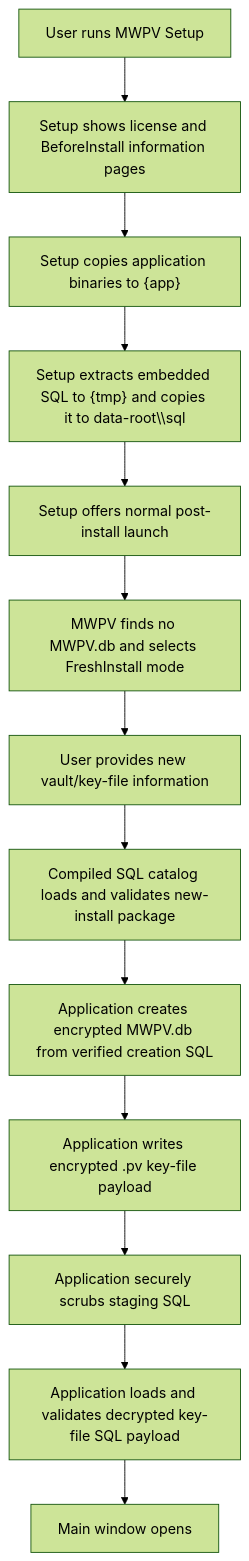
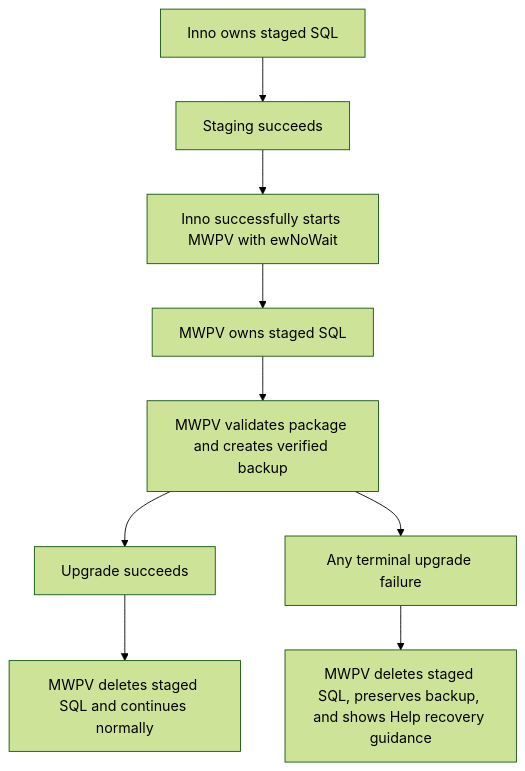
The second of 6 diagrams in docs/MWPV_Installer_Upgrade_and_Rollback_Flow.md (pgmrdlm/MWPV), drawn with Mermaid (forest theme) before and after one commit. The commit also changed other lines of this file and 5 other files, not shown here.

````diff
--- a/docs/MWPV_Installer_Upgrade_and_Rollback_Flow.md
+++ b/docs/MWPV_Installer_Upgrade_and_Rollback_Flow.md
@@ -27,15 +59,11 @@
 ```mermaid
 flowchart TD
-  A["User runs MWPV Setup"] --> B["Setup shows license and BeforeInstall information pages"]
-  B --> C["Setup copies application binaries to {app}"]
-  C --> D["Setup extracts embedded SQL to {tmp} and copies it to data-root\\sql"]
-  D --> E["Setup offers normal post-install launch"]
-  E --> F["MWPV finds no MWPV.db and selects FreshInstall mode"]
-  F --> G["User provides new vault/key-file information"]
-  G --> H["Compiled SQL catalog loads and validates new-install package"]
-  H --> I["Application creates encrypted MWPV.db from verified creation SQL"]
-  I --> J["Application writes encrypted .pv key-file payload"]
-  J --> K["Application securely scrubs staging SQL"]
-  K --> L["Application loads and validates decrypted key-file SQL payload"]
-  L --> M["Main window opens"]
+  A["Inno owns staged SQL"] --> B["Staging succeeds"]
+  B --> C["Inno successfully starts MWPV with ewNoWait"]
+  C --> D["MWPV owns staged SQL"]
+  D --> E["MWPV validates package and creates verified backup"]
+  E --> F["Upgrade succeeds"]
+  E --> G["Any terminal upgrade failure"]
+  F --> H["MWPV deletes staged SQL and continues normally"]
+  G --> I["MWPV deletes staged SQL, preserves backup, and shows Help recovery guidance"]
 ```
````
